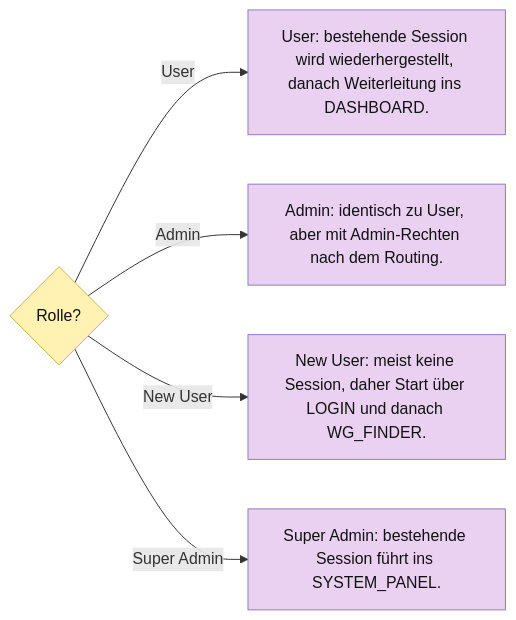
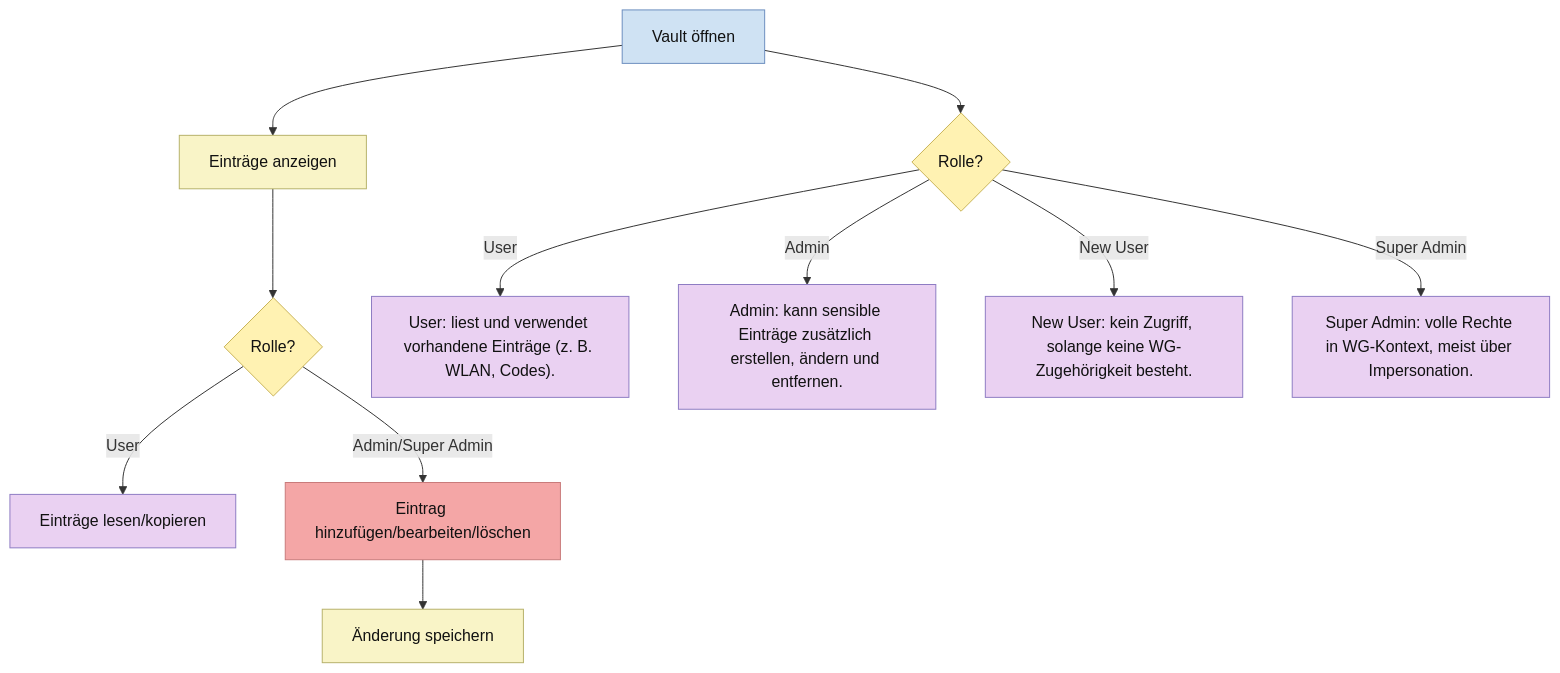
One commit to Nejy190501/WGManager changed diagram 13 of 27 in ABLAUFDIAGRAMM.md. Above: the diagram before and after it, drawn with Mermaid. The commit also changed other lines of this file, not shown here.

````diff
--- a/ABLAUFDIAGRAMM.md
+++ b/ABLAUFDIAGRAMM.md
@@ -492,23 +677,35 @@
 ```mermaid
-flowchart LR
-    R{"Rolle?"}
-    U["User: bestehende Session wird wiederhergestellt, danach Weiterleitung ins DASHBOARD."]
-    A["Admin: identisch zu User, aber mit Admin-Rechten nach dem Routing."]
-    N["New User: meist keine Session, daher Start über LOGIN und danach WG_FINDER."]
-    S["Super Admin: bestehende Session führt ins SYSTEM_PANEL."]
-    R -->|User| U
-    R -->|Admin| A
-    R -->|New User| N
-    R -->|Super Admin| S
+flowchart TD
+    A["Vault öffnen"] --> B["Einträge anzeigen"]
+    B --> C{"Rolle?"}
+    C -->|User| D["Einträge lesen/kopieren"]
+    C -->|Admin/Super Admin| E["Eintrag hinzufügen/bearbeiten/löschen"]
+    E --> F["Änderung speichern"]
+
+
+    A --> RLQ{"Rolle?"}
+    RLU["User: liest und verwendet vorhandene Einträge (z. B. WLAN, Codes)."]
+    RLA["Admin: kann sensible Einträge zusätzlich erstellen, ändern und entfernen."]
+    RLN["New User: kein Zugriff, solange keine WG-Zugehörigkeit besteht."]
+    RLS["Super Admin: volle Rechte in WG-Kontext, meist über Impersonation."]
+    RLQ -->|User| RLU
+    RLQ -->|Admin| RLA
+    RLQ -->|New User| RLN
+    RLQ -->|Super Admin| RLS
 
     classDef userAction fill:#ead1f2,stroke:#8e7cc3,color:#111;
     classDef systemAction fill:#f9f4c7,stroke:#b7b26a,color:#111;
     classDef userDecision fill:#f4cccc,stroke:#cc7a7a,color:#111;
     classDef systemDecision fill:#fff2b2,stroke:#c9b458,color:#111;
     classDef button fill:#f4a6a6,stroke:#c97b7b,color:#111;
     classDef userInput fill:#f8d7da,stroke:#d49aa2,color:#111;
     classDef screen fill:#cfe2f3,stroke:#6c8ebf,color:#111;
 
-    class R systemDecision;
-    class U,A,N,S userAction;
+    class B,F systemAction;
+    class C systemDecision;
+    class E button;
+    class D userAction;
+    class A screen;
+    class RLQ systemDecision;
+    class RLU,RLA,RLN,RLS userAction;
 ```
````
